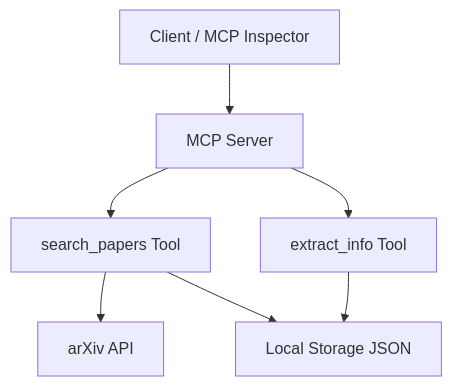
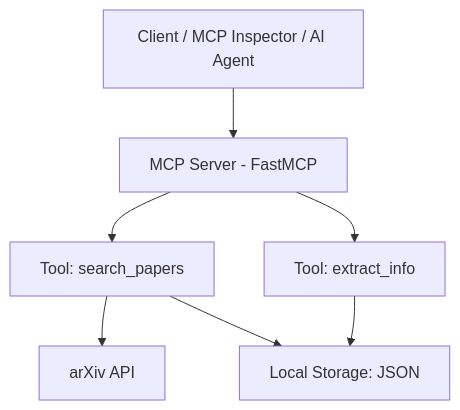
The first of 5 diagrams in MCPBuildRichContextAIAppsAnthropic.md (sajinvk/Data), drawn with Mermaid before and after one commit. The commit also changed other lines of this file, not shown here.

````diff
--- a/MCPBuildRichContextAIAppsAnthropic.md
+++ b/MCPBuildRichContextAIAppsAnthropic.md
@@ -745,9 +858,9 @@
 ```mermaid
 flowchart TD
-    A[Client / MCP Inspector] --> B[MCP Server]
-    B --> C[search_papers Tool]
-    B --> D[extract_info Tool]
+    A[Client / MCP Inspector / AI Agent] --> B[MCP Server - FastMCP]
+    B --> C[Tool: search_papers]
+    B --> D[Tool: extract_info]
     C --> E[arXiv API]
-    C --> F[Local Storage JSON]
+    C --> F[Local Storage: JSON]
     D --> F
 ```
````
